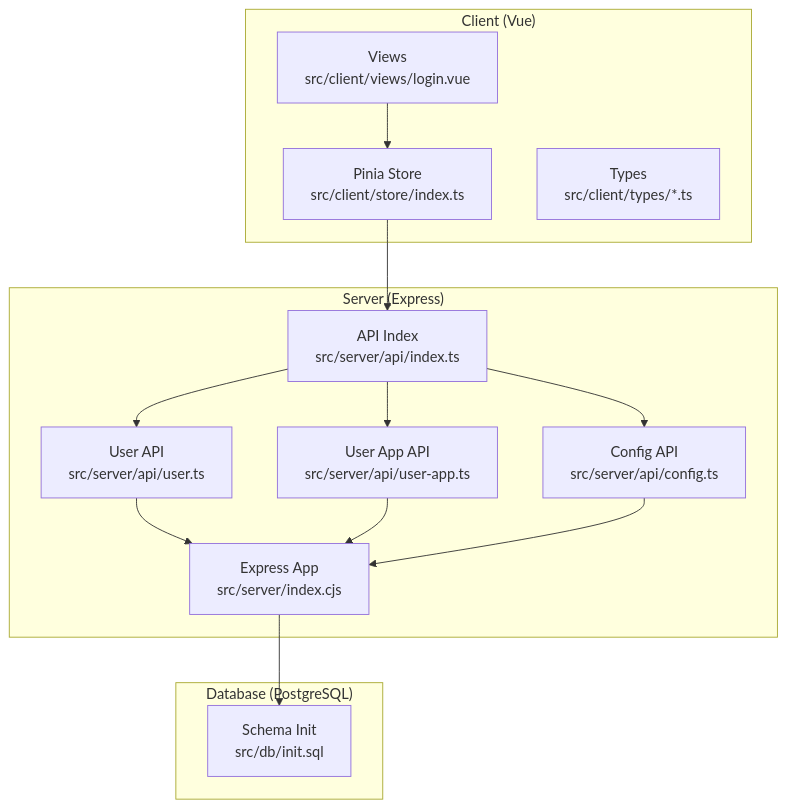
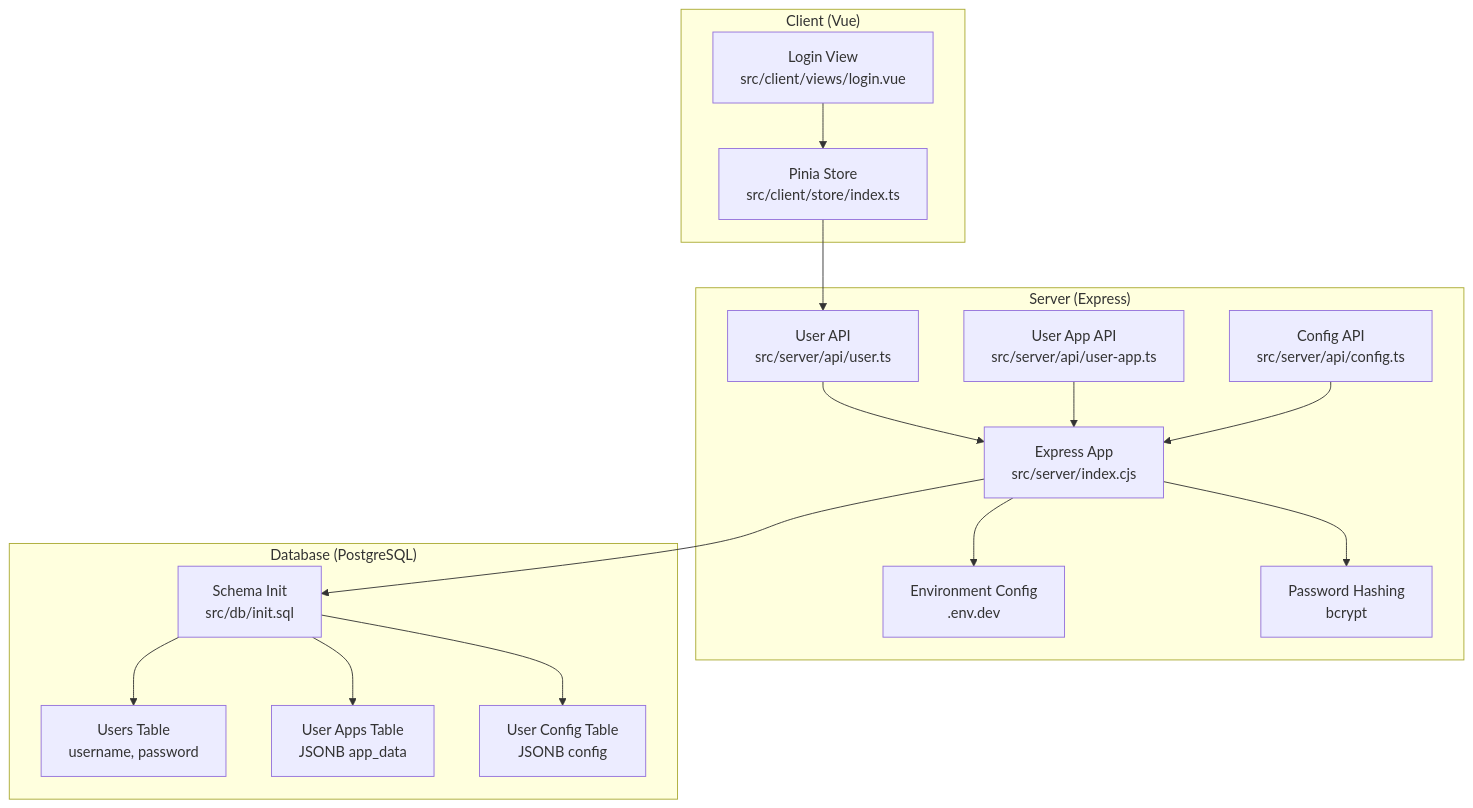
Before and after one commit to xinyo/startora: the first of 8 diagrams in .qoder/repowiki/en/content/Backend API Server/Authentication & Authorization.md, drawn with Mermaid. The commit also changed other lines of this file and 19 other files, not shown here.

````diff
--- a/.qoder/repowiki/en/content/Backend API Server/Authentication & Authorization.md
+++ b/.qoder/repowiki/en/content/Backend API Server/Authentication & Authorization.md
@@ -41,27 +46,32 @@
 ```mermaid
 graph TB
 subgraph "Client (Vue)"
 Store["Pinia Store<br/>src/client/store/index.ts"]
-Types["Types<br/>src/client/types/*.ts"]
-Views["Views<br/>src/client/views/login.vue"]
+Login["Login View<br/>src/client/views/login.vue"]
 end
 subgraph "Server (Express)"
 Express["Express App<br/>src/server/index.cjs"]
-APIIndex["API Index<br/>src/server/api/index.ts"]
 APIUser["User API<br/>src/server/api/user.ts"]
 APIUserApp["User App API<br/>src/server/api/user-app.ts"]
 APIConfig["Config API<br/>src/server/api/config.ts"]
+DotEnv["Environment Config<br/>.env.dev"]
+Bcrypt["Password Hashing<br/>bcrypt"]
 end
 subgraph "Database (PostgreSQL)"
 DBInit["Schema Init<br/>src/db/init.sql"]
+Users["Users Table<br/>username, password"]
+UserApps["User Apps Table<br/>JSONB app_data"]
+UserConfig["User Config Table<br/>JSONB config"]
 end
-Views --> Store
-Store --> APIIndex
-APIIndex --> APIUser
-APIIndex --> APIUserApp
-APIIndex --> APIConfig
+Login --> Store
+Store --> APIUser
 APIUser --> Express
 APIUserApp --> Express
 APIConfig --> Express
+Express --> Bcrypt
+Express --> DotEnv
 Express --> DBInit
+DBInit --> Users
+DBInit --> UserApps
+DBInit --> UserConfig
 ```
````
